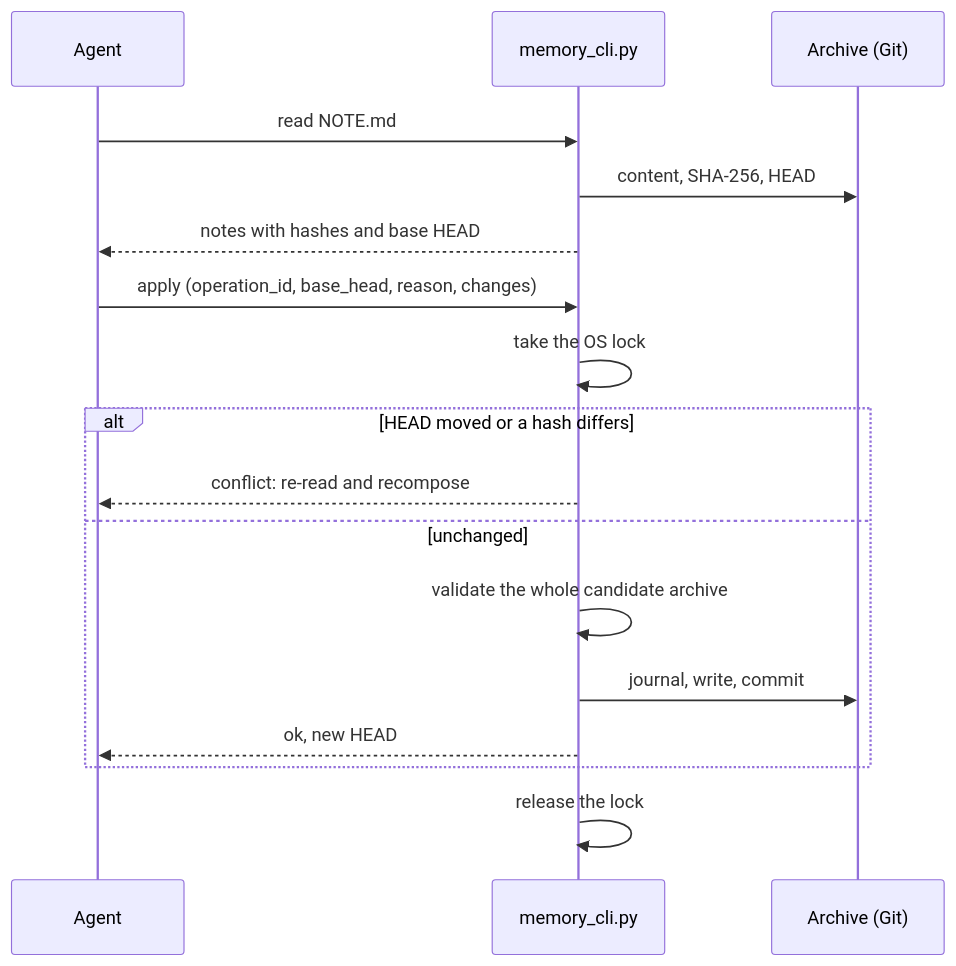
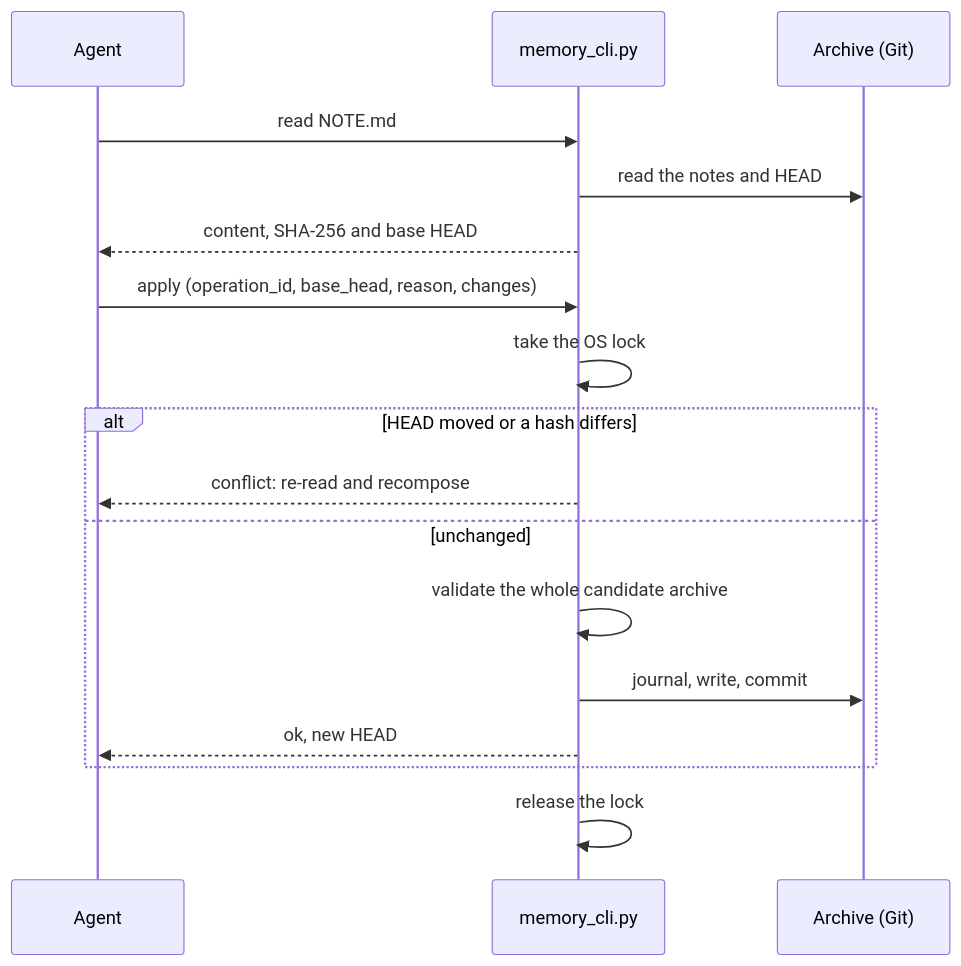
One commit to ArzMat/MemoryTools changed the diagram in README.md. Above: the diagram before and after it, drawn with Mermaid.

Commit message:
README: direzione delle frecce nello schema

````diff
--- a/README.md
+++ b/README.md
@@ -38,19 +38,19 @@
 ```mermaid
 sequenceDiagram
     participant A as Agent
     participant C as memory_cli.py
     participant G as Archive (Git)
     A->>C: read NOTE.md
-    C->>G: content, SHA-256, HEAD
-    C-->>A: notes with hashes and base HEAD
+    C->>G: read the notes and HEAD
+    C-->>A: content, SHA-256 and base HEAD
     A->>C: apply (operation_id, base_head, reason, changes)
     C->>C: take the OS lock
     alt HEAD moved or a hash differs
         C-->>A: conflict: re-read and recompose
     else unchanged
         C->>C: validate the whole candidate archive
         C->>G: journal, write, commit
         C-->>A: ok, new HEAD
     end
     C->>C: release the lock
 ```
````
